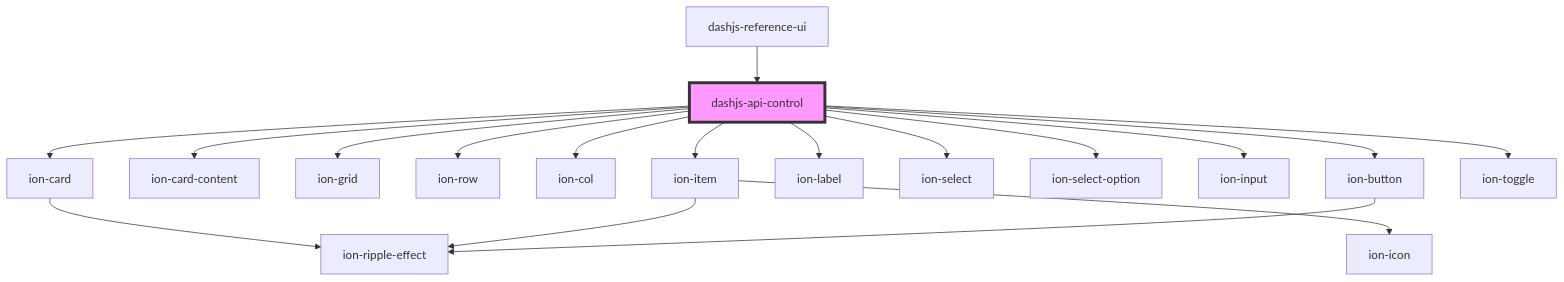
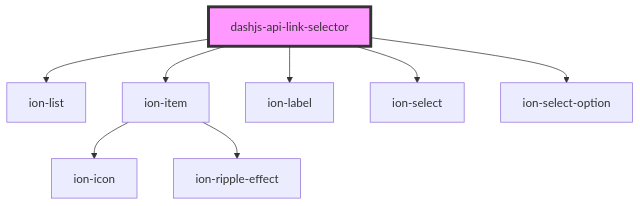
The diagram in src/components/dashjs-api-link-selector/readme.md (AWTPJ2021/dash-reference-ui), drawn with Mermaid before and after one commit. The commit also changed other lines of this file and 46 other files, not shown here.

````diff
--- a/src/components/dashjs-api-link-selector/readme.md
+++ b/src/components/dashjs-api-link-selector/readme.md
@@ -37,21 +33,11 @@
 ```mermaid
 graph TD;
-  dashjs-api-control --> ion-card
-  dashjs-api-control --> ion-card-content
-  dashjs-api-control --> ion-grid
-  dashjs-api-control --> ion-row
-  dashjs-api-control --> ion-col
-  dashjs-api-control --> ion-item
-  dashjs-api-control --> ion-label
-  dashjs-api-control --> ion-select
-  dashjs-api-control --> ion-select-option
-  dashjs-api-control --> ion-input
-  dashjs-api-control --> ion-button
-  dashjs-api-control --> ion-toggle
-  ion-card --> ion-ripple-effect
+  dashjs-api-link-selector --> ion-list
+  dashjs-api-link-selector --> ion-item
+  dashjs-api-link-selector --> ion-label
+  dashjs-api-link-selector --> ion-select
+  dashjs-api-link-selector --> ion-select-option
   ion-item --> ion-icon
   ion-item --> ion-ripple-effect
-  ion-button --> ion-ripple-effect
-  dashjs-reference-ui --> dashjs-api-control
-  style dashjs-api-control fill:#f9f,stroke:#333,stroke-width:4px
+  style dashjs-api-link-selector fill:#f9f,stroke:#333,stroke-width:4px
 ```
````
